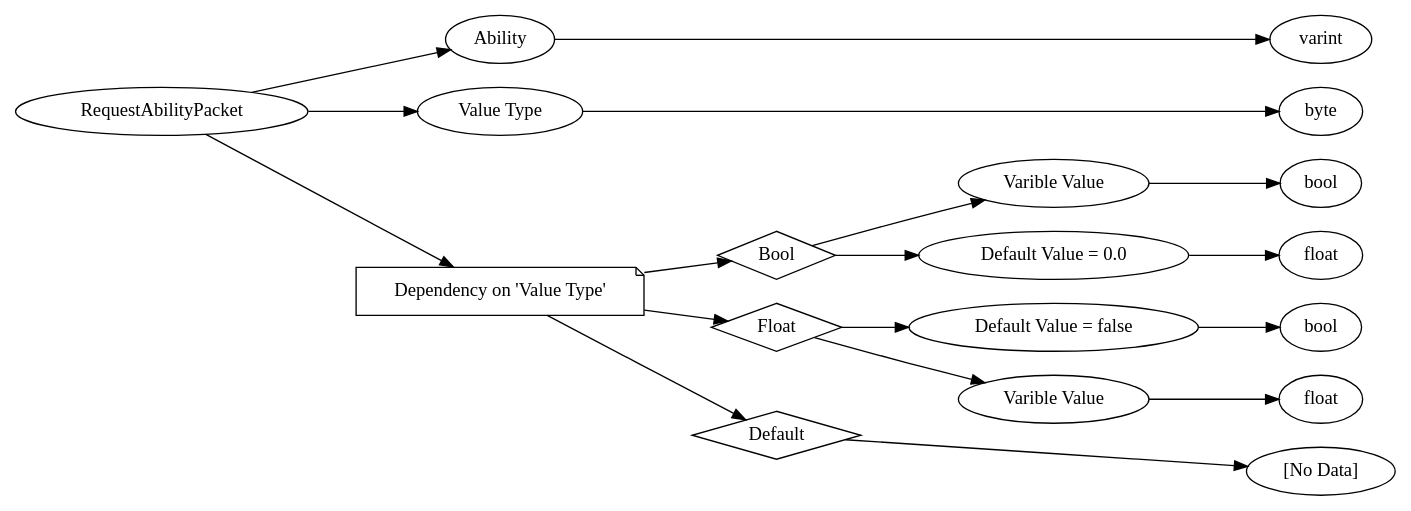
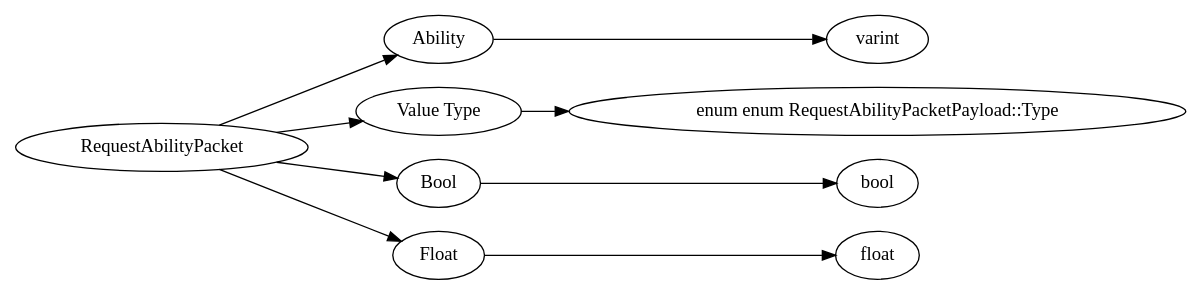
The diagram in dot/RequestAbilityPacket.dot (Mojang/bedrock-protocol-docs), drawn with Graphviz before and after one commit. The commit also changed 785 other files, not shown here.

```diff
--- a/dot/RequestAbilityPacket.dot
+++ b/dot/RequestAbilityPacket.dot
@@ -1,42 +1,24 @@
 digraph "RequestAbilityPacket" {
 rankdir = LR
 0
 0 -> 1
 1 -> 2
 0 -> 3
 3 -> 4
 0 -> 5
 5 -> 6
-6 -> 7
+0 -> 7
 7 -> 8
-6 -> 9
-9 -> 10
-5 -> 11
-11 -> 12
-12 -> 13
-11 -> 14
-14 -> 15
-5 -> 16
-16 -> 17
 
-0 [label="RequestAbilityPacket",comment="name: \"RequestAbilityPacket\", typeName: \"\", id: 0, branchId: 184, recurseId: -1, attributes: 0, notes: \"\""];
+0 [label="RequestAbilityPacket",comment="name: \"RequestAbilityPacket\", typeName: \"\", id: 0, branchId: 0, recurseId: -1, attributes: 0, notes: \"Sent from client to server. Used to request an ability change.\""];
 1 [label="Ability",comment="name: \"Ability\", typeName: \"\", id: 1, branchId: 0, recurseId: -1, attributes: 0, notes: \"\""];
 2 [label="varint",comment="name: \"varint\", typeName: \"\", id: 2, branchId: 0, recurseId: -1, attributes: 512, notes: \"\""];
 3 [label="Value Type",comment="name: \"Value Type\", typeName: \"\", id: 3, branchId: 0, recurseId: -1, attributes: 0, notes: \"\""];
-4 [label="byte",comment="name: \"byte\", typeName: \"\", id: 4, branchId: 0, recurseId: -1, attributes: 512, notes: \"\""];
-5 [label="Dependency on 'Value Type'",shape=note,comment="name: \"Dependency on 'Value Type'\", typeName: \"\", id: 5, branchId: 0, recurseId: -1, attributes: 2, notes: \"\""];
-6 [label="Bool",shape=diamond,comment="name: \"Bool\", typeName: \"\", id: 6, branchId: 0, recurseId: -1, attributes: 4, notes: \"\""];
-7 [label="Varible Value",comment="name: \"Varible Value\", typeName: \"\", id: 7, branchId: 0, recurseId: -1, attributes: 0, notes: \"\""];
-8 [label="bool",comment="name: \"bool\", typeName: \"\", id: 8, branchId: 0, recurseId: -1, attributes: 512, notes: \"\""];
-9 [label="Default Value = 0.0",comment="name: \"Default Value = 0.0\", typeName: \"\", id: 9, branchId: 0, recurseId: -1, attributes: 0, notes: \"\""];
-10 [label="float",comment="name: \"float\", typeName: \"\", id: 10, branchId: 0, recurseId: -1, attributes: 512, notes: \"\""];
-11 [label="Float",shape=diamond,comment="name: \"Float\", typeName: \"\", id: 11, branchId: 1, recurseId: -1, attributes: 4, notes: \"\""];
-12 [label="Default Value = false",comment="name: \"Default Value = false\", typeName: \"\", id: 12, branchId: 0, recurseId: -1, attributes: 0, notes: \"\""];
-13 [label="bool",comment="name: \"bool\", typeName: \"\", id: 13, branchId: 0, recurseId: -1, attributes: 512, notes: \"\""];
-14 [label="Varible Value",comment="name: \"Varible Value\", typeName: \"\", id: 14, branchId: 0, recurseId: -1, attributes: 0, notes: \"\""];
-15 [label="float",comment="name: \"float\", typeName: \"\", id: 15, branchId: 0, recurseId: -1, attributes: 512, notes: \"\""];
-16 [label="Default",shape=diamond,comment="name: \"Default\", typeName: \"\", id: 16, branchId: 2, recurseId: -1, attributes: 4, notes: \"\""];
-17 [label="[No Data]",comment="name: \"[No Data]\", typeName: \"\", id: 17, branchId: 0, recurseId: -1, attributes: 512, notes: \"\""];
-{ rank = max;2;4;8;10;13;15;17}
+4 [label="enum enum RequestAbilityPacketPayload::Type",comment="name: \"enum enum RequestAbilityPacketPayload::Type\", typeName: \"\", id: 4, branchId: 0, recurseId: -1, attributes: 512, notes: \"\""];
+5 [label="Bool",comment="name: \"Bool\", typeName: \"\", id: 5, branchId: 0, recurseId: -1, attributes: 0, notes: \"\""];
+6 [label="bool",comment="name: \"bool\", typeName: \"\", id: 6, branchId: 0, recurseId: -1, attributes: 512, notes: \"\""];
+7 [label="Float",comment="name: \"Float\", typeName: \"\", id: 7, branchId: 0, recurseId: -1, attributes: 0, notes: \"\""];
+8 [label="float",comment="name: \"float\", typeName: \"\", id: 8, branchId: 0, recurseId: -1, attributes: 512, notes: \"\""];
+{ rank = max;2;4;6;8}
 
 }
```
